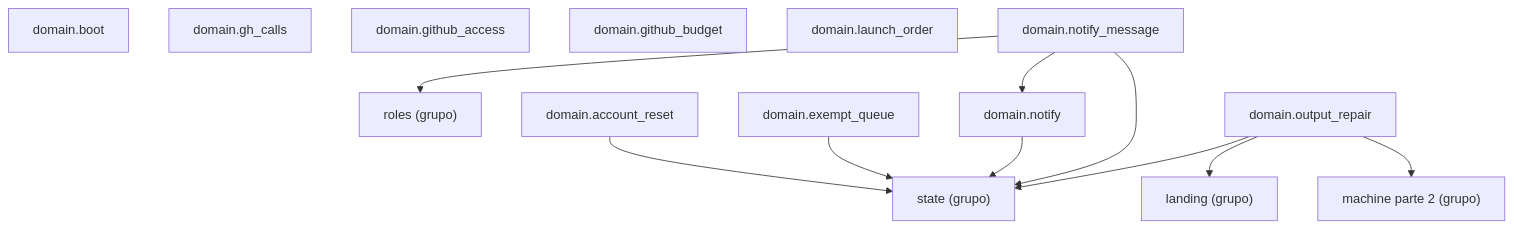
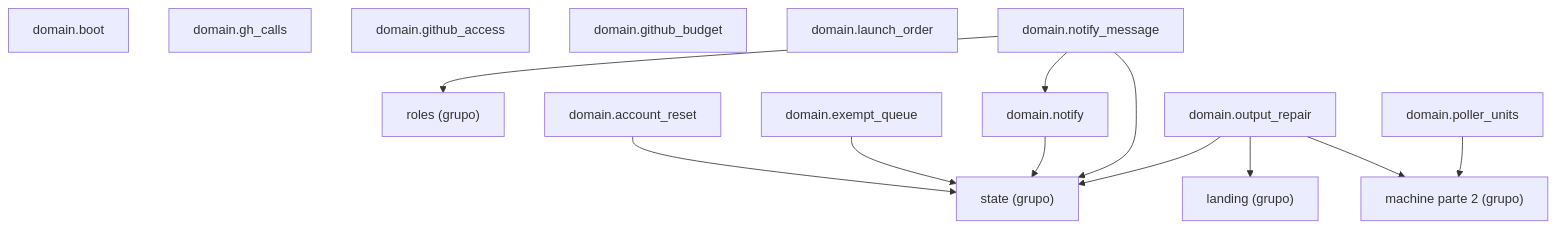
The diagram in docs/architecture/generated/packages-process-domain-machine-1.md (GonzaloZevallos/agentic-system), drawn with Mermaid before and after one commit. The commit also changed 6 other files, not shown here.

Commit message:
Regenerate the architecture docs for the terminal memo module

````diff
--- a/docs/architecture/generated/packages-process-domain-machine-1.md
+++ b/docs/architecture/generated/packages-process-domain-machine-1.md
@@ -13,26 +13,28 @@
 ```mermaid
 graph TD
     g_domain__landing["landing (grupo)"]
     g_domain__machine__2["machine parte 2 (grupo)"]
     g_domain__roles["roles (grupo)"]
     g_domain__state["state (grupo)"]
     m_domain__account_reset["domain.account_reset"]
     m_domain__boot["domain.boot"]
     m_domain__exempt_queue["domain.exempt_queue"]
     m_domain__gh_calls["domain.gh_calls"]
     m_domain__github_access["domain.github_access"]
     m_domain__github_budget["domain.github_budget"]
     m_domain__launch_order["domain.launch_order"]
     m_domain__notify["domain.notify"]
     m_domain__notify_message["domain.notify_message"]
     m_domain__output_repair["domain.output_repair"]
+    m_domain__poller_units["domain.poller_units"]
     m_domain__account_reset --> g_domain__state
     m_domain__exempt_queue --> g_domain__state
     m_domain__notify --> g_domain__state
     m_domain__notify_message --> g_domain__roles
     m_domain__notify_message --> g_domain__state
     m_domain__notify_message --> m_domain__notify
     m_domain__output_repair --> g_domain__landing
     m_domain__output_repair --> g_domain__machine__2
     m_domain__output_repair --> g_domain__state
+    m_domain__poller_units --> g_domain__machine__2
 ```
````
